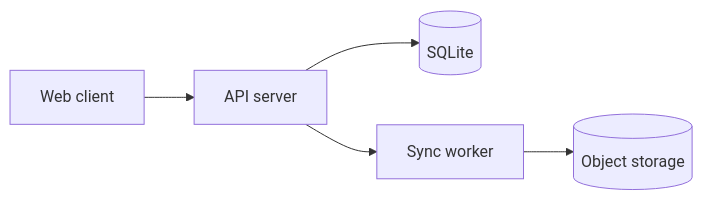
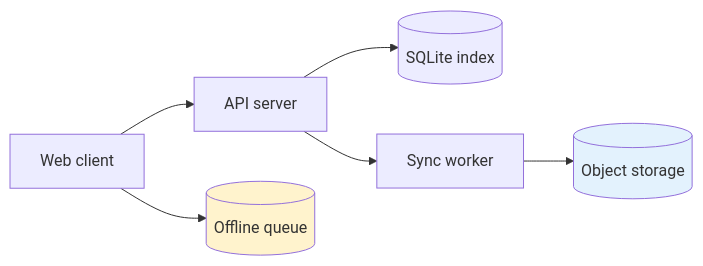
The first of 2 diagrams in examples/demo-docs/architecture/overview.md (shdennlin/docs-browser), drawn with Mermaid before and after one commit. The commit also changed other lines of this file and 16 other files, not shown here.

````diff
--- a/examples/demo-docs/architecture/overview.md
+++ b/examples/demo-docs/architecture/overview.md
@@ -7,7 +7,10 @@
 ```mermaid
 flowchart LR
   Client[Web client] --> API[API server]
-  API --> Store[(SQLite)]
+  API --> Store[(SQLite index)]
   API --> Sync[Sync worker]
   Sync --> Cloud[(Object storage)]
+  Client --> Cache[(Offline queue)]
+  style Cache fill:#fff3cd
+  style Cloud fill:#e3f2fd
 ```
````
